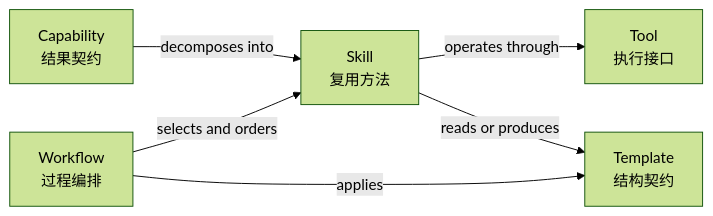
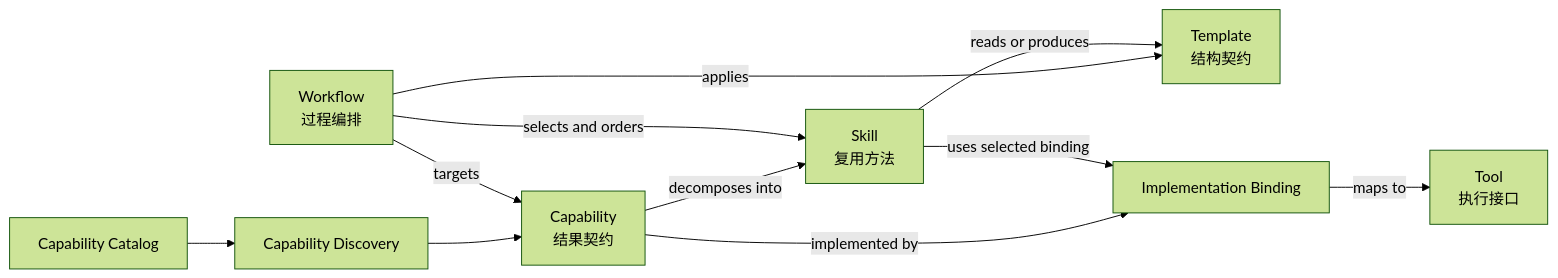
The diagram in docs/CapabilityModel.md (840832144/AI-Workspace), drawn with Mermaid (forest theme) before and after one commit. The commit also changed other lines of this file and 22 other files, not shown here.

Commit message:
docs: establish capability discovery

````diff
--- a/docs/CapabilityModel.md
+++ b/docs/CapabilityModel.md
@@ -17,8 +18,13 @@
 ```mermaid
 flowchart LR
-    C[Capability<br/>结果契约] -->|decomposes into| S[Skill<br/>复用方法]
-    W[Workflow<br/>过程编排] -->|selects and orders| S
+    CAT[Capability Catalog] --> D[Capability Discovery]
+    D --> C[Capability<br/>结果契约]
+    C -->|decomposes into| S[Skill<br/>复用方法]
+    W[Workflow<br/>过程编排] -->|targets| C
+    W -->|selects and orders| S
     W -->|applies| T[Template<br/>结构契约]
-    S -->|operates through| O[Tool<br/>执行接口]
+    C -->|implemented by| B[Implementation Binding]
+    S -->|uses selected binding| B
+    B -->|maps to| O[Tool<br/>执行接口]
     S -->|reads or produces| T
 ```
````
